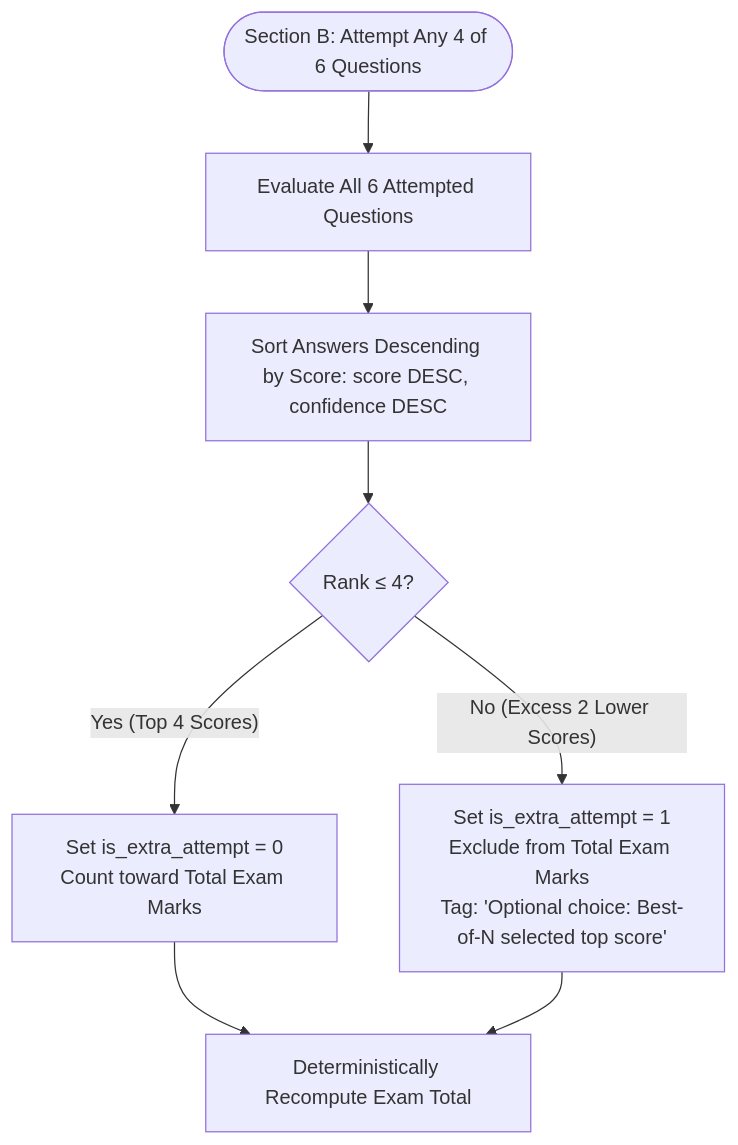
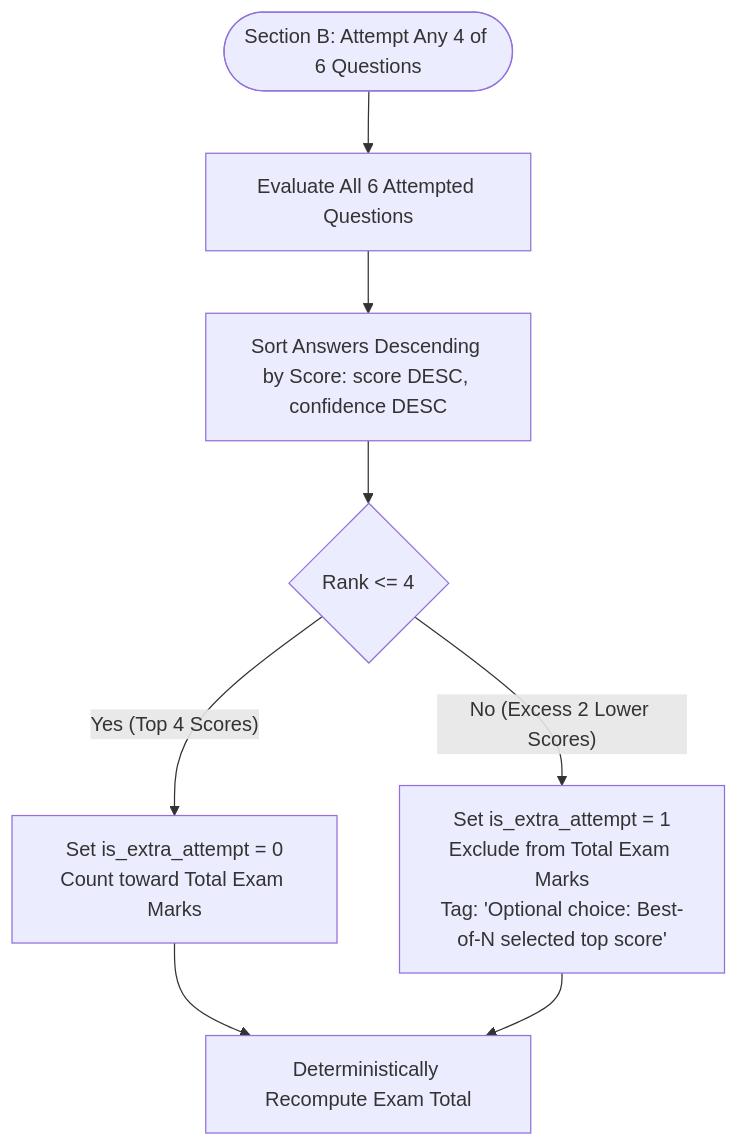
Before and after one commit to T4RuN05/papergrade.ai: the third of 5 diagrams in README.md, drawn with Mermaid. The commit also changed other lines of this file, not shown here.

Commit message:
fix(docs): resolve Mermaid syntax parse errors and remove local machine file paths

````diff
--- a/README.md
+++ b/README.md
@@ -641,10 +641,10 @@
 ```mermaid
 flowchart TD
     Start(["Section B: Attempt Any 4 of 6 Questions"]) --> GradeAll["Evaluate All 6 Attempted Questions"]
     GradeAll --> SortDesc["Sort Answers Descending by Score: score DESC, confidence DESC"]
-    SortDesc --> SplitTop{"Rank &le; 4?"}
+    SortDesc --> SplitTop{"Rank <= 4"}
     SplitTop -->|"Yes (Top 4 Scores)"| KeepValid["Set is_extra_attempt = 0<br/>Count toward Total Exam Marks"]
     SplitTop -->|"No (Excess 2 Lower Scores)"| FlagExtra["Set is_extra_attempt = 1<br/>Exclude from Total Exam Marks<br/>Tag: 'Optional choice: Best-of-N selected top score'"]
     KeepValid --> SumTotals["Deterministically Recompute Exam Total"]
     FlagExtra --> SumTotals
 ```
````
